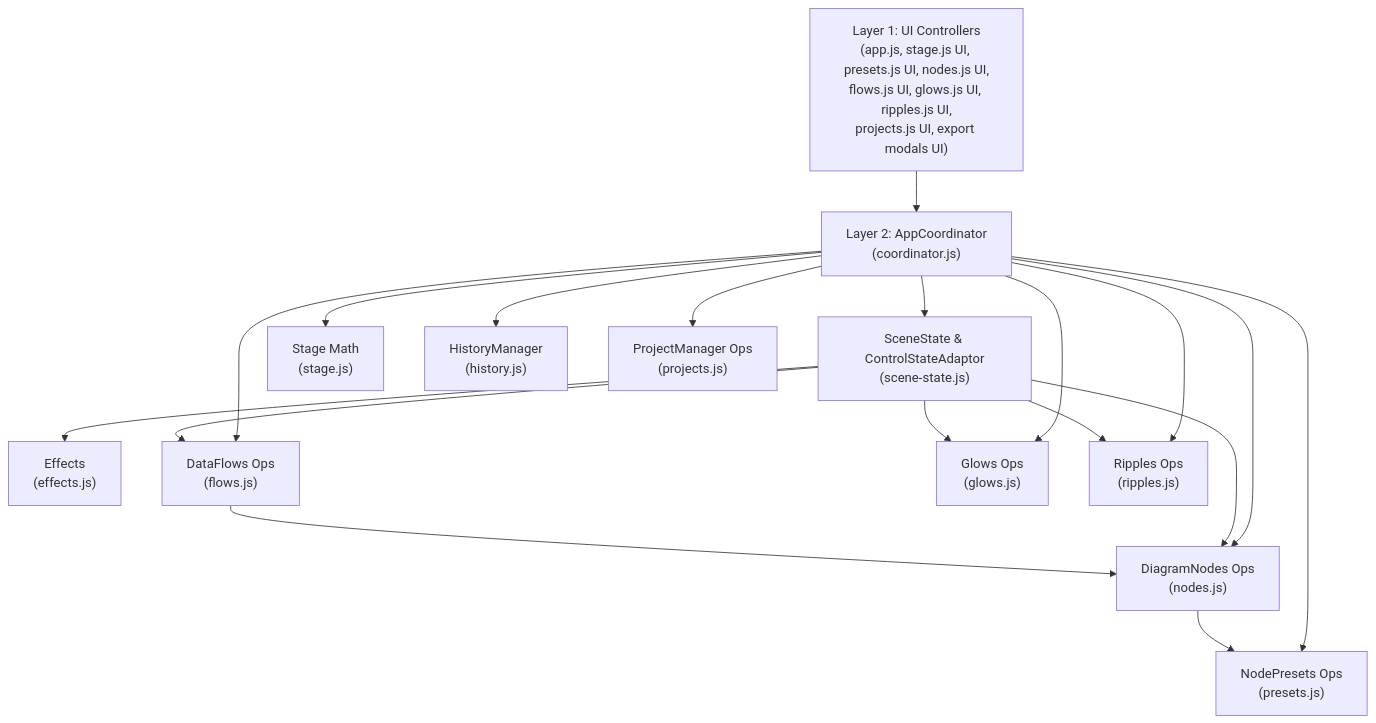
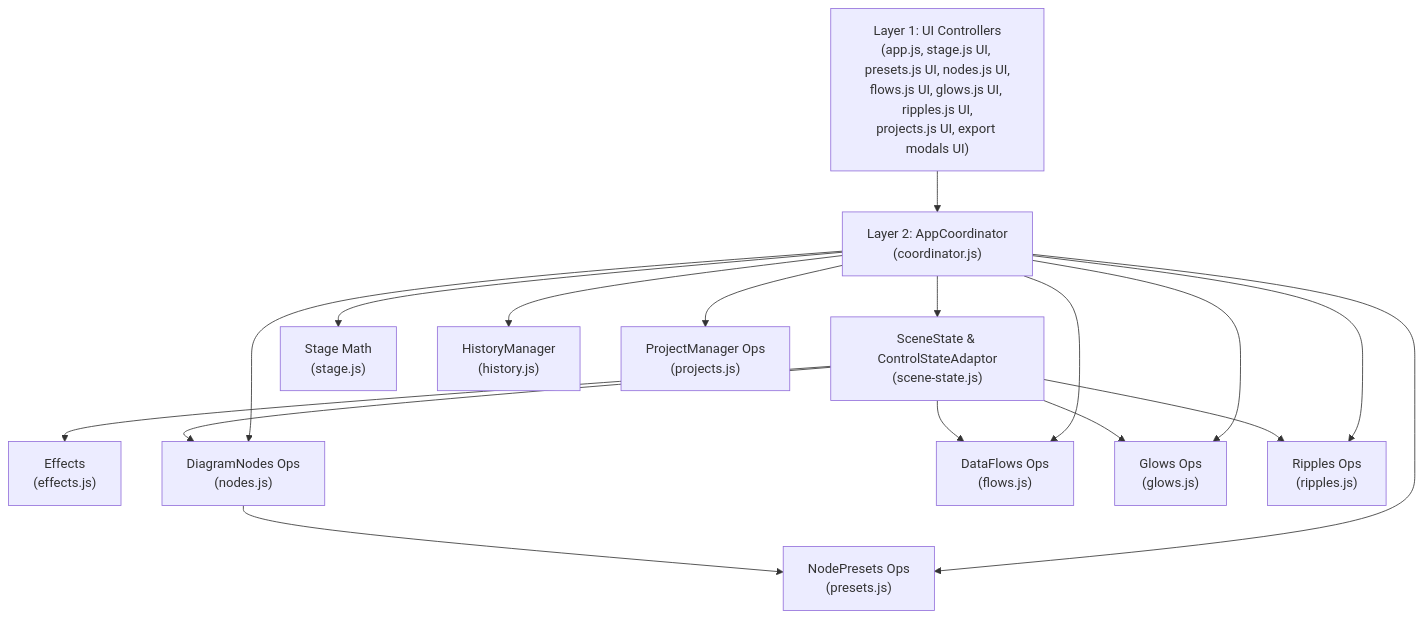
One commit to elric-seaoffate/svg-animator changed the diagram in docs/architecture/dependency-map.md. Above: the diagram before and after it, drawn with Mermaid. The commit also changed other lines of this file and 8 other files, not shown here.

Commit message:
fix(phase1): correct preset state sync and update architecture documentation

````diff
--- a/docs/architecture/dependency-map.md
+++ b/docs/architecture/dependency-map.md
@@ -28,35 +28,34 @@
 ```mermaid
 flowchart TD
     UI["Layer 1: UI Controllers\n(app.js, stage.js UI, presets.js UI, nodes.js UI,\nflows.js UI, glows.js UI, ripples.js UI,\nprojects.js UI, export modals UI)"]
     Coord["Layer 2: AppCoordinator\n(coordinator.js)"]
     Scene["SceneState & ControlStateAdaptor\n(scene-state.js)"]
     Effects["Effects\n(effects.js)"]
     Presets["NodePresets Ops\n(presets.js)"]
     Nodes["DiagramNodes Ops\n(nodes.js)"]
     Flows["DataFlows Ops\n(flows.js)"]
     Glows["Glows Ops\n(glows.js)"]
     Ripples["Ripples Ops\n(ripples.js)"]
     StageMath["Stage Math\n(stage.js)"]
     History["HistoryManager\n(history.js)"]
     Projects["ProjectManager Ops\n(projects.js)"]
 
     UI --> Coord
     Coord --> Scene
     Coord --> Presets
     Coord --> Nodes
     Coord --> Flows
     Coord --> Glows
     Coord --> Ripples
     Coord --> StageMath
     Coord --> History
     Coord --> Projects
 
     Scene --> Effects
     Scene --> Ripples
+    Scene --> Glows
+    Scene --> Flows
     Scene --> Nodes
-    Scene --> Flows
-    Scene --> Glows
 
     Nodes --> Presets
-    Flows --> Nodes
 ```
````
